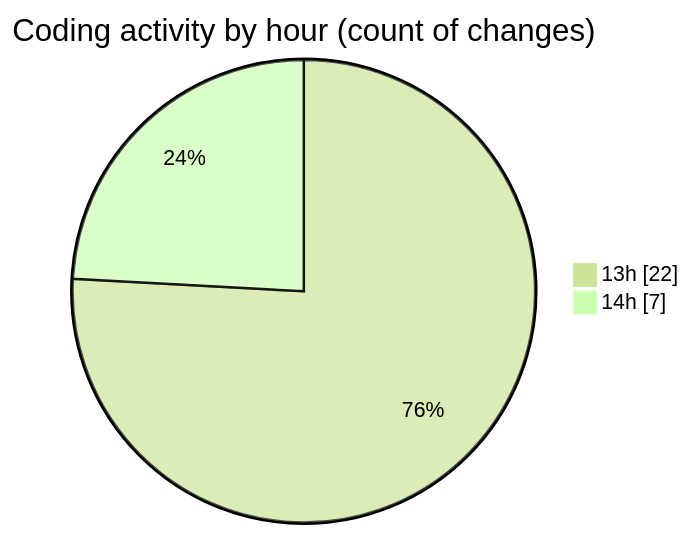
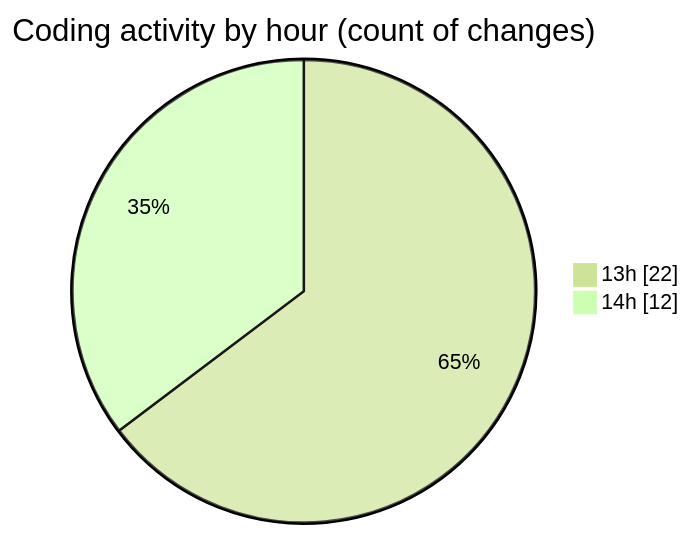
Before and after one commit to donsfak/code-tracking: the second of 2 diagrams in 2025-02-24/drivers_app/README.md, drawn with Mermaid (forest theme). The commit also changed other lines of this file and 1 other file, not shown here.

````diff
--- a/2025-02-24/drivers_app/README.md
+++ b/2025-02-24/drivers_app/README.md
@@ -34,6 +34,6 @@
 ```mermaid
 pie showData
 title Coding activity by hour (count of changes)
 "13h" : 22
-"14h" : 7
+"14h" : 12
 ```
````
